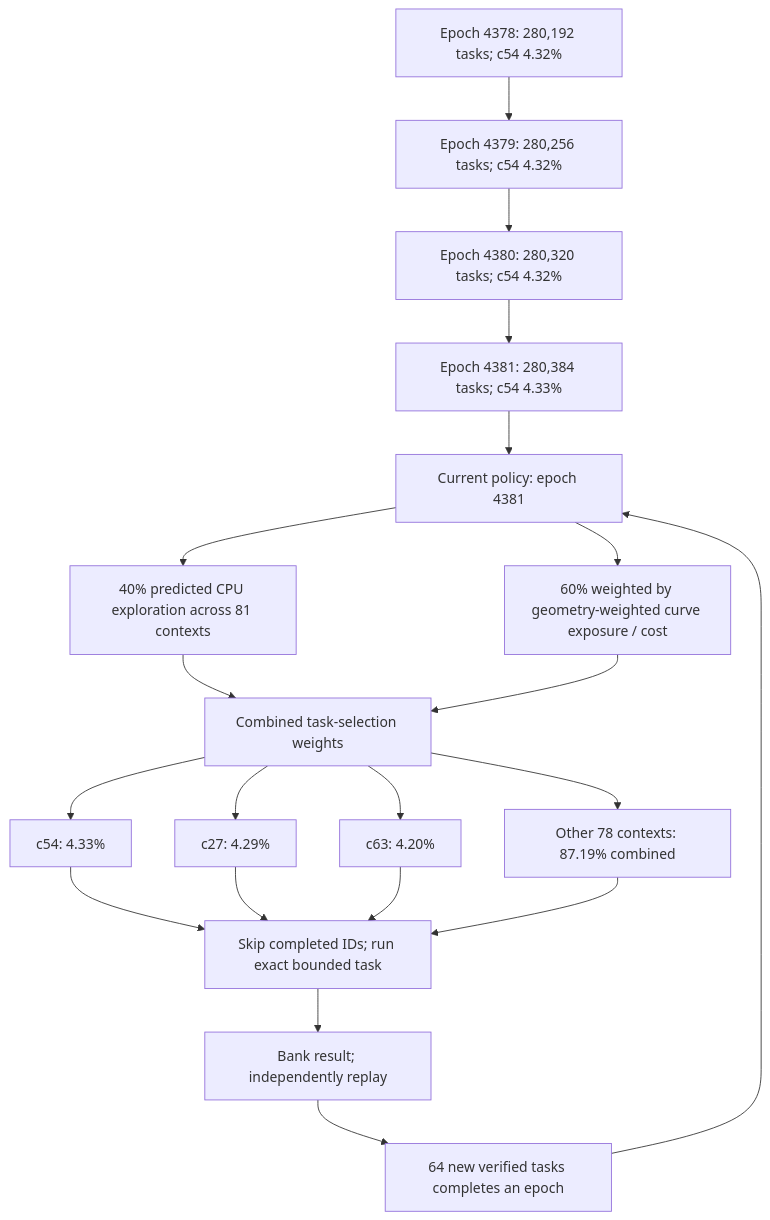
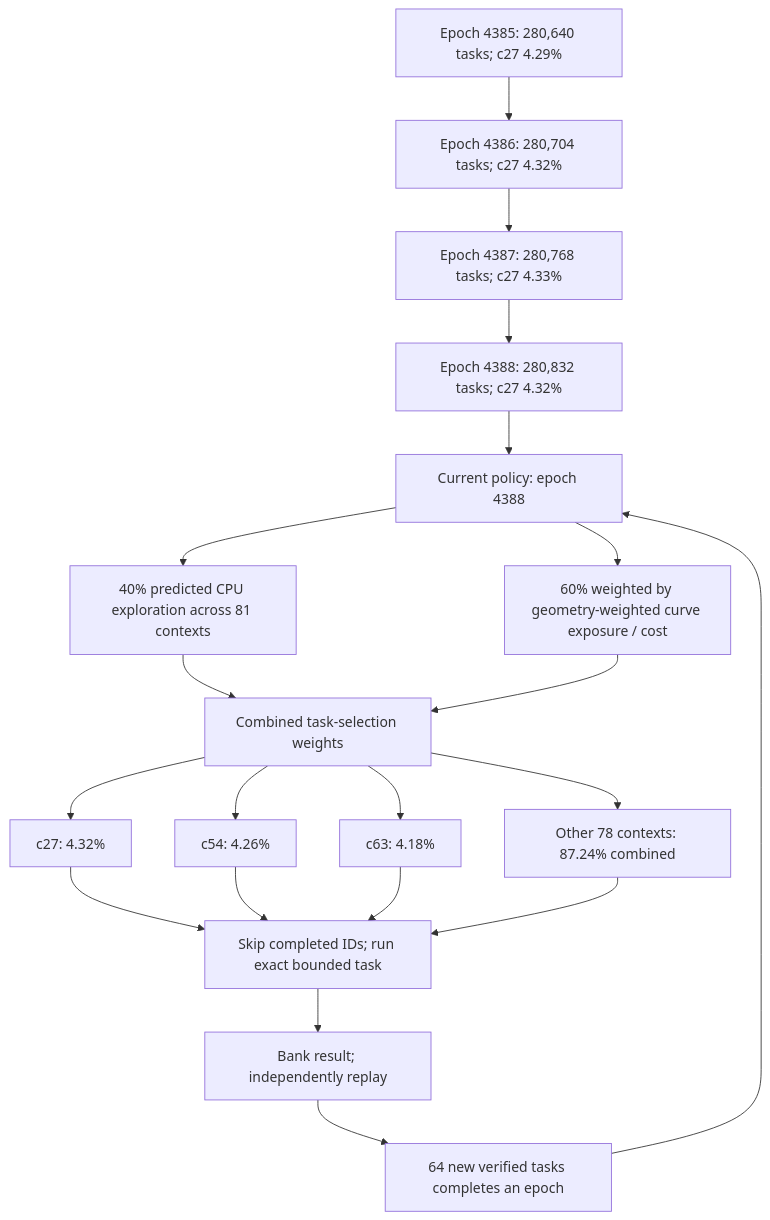
The first of 3 diagrams in README.md (Kuberwastaken/math-gambling), drawn with Mermaid before and after one commit. The commit also changed other lines of this file and 3105 other files, not shown here.

````diff
--- a/README.md
+++ b/README.md
@@ -60,27 +60,27 @@
 ```mermaid
 flowchart TD
-    H0["Epoch 4378: 280,192 tasks; c54 4.32%"]
-    H1["Epoch 4379: 280,256 tasks; c54 4.32%"]
+    H0["Epoch 4385: 280,640 tasks; c27 4.29%"]
+    H1["Epoch 4386: 280,704 tasks; c27 4.32%"]
     H0 --> H1
-    H2["Epoch 4380: 280,320 tasks; c54 4.32%"]
+    H2["Epoch 4387: 280,768 tasks; c27 4.33%"]
     H1 --> H2
-    H3["Epoch 4381: 280,384 tasks; c54 4.33%"]
+    H3["Epoch 4388: 280,832 tasks; c27 4.32%"]
     H2 --> H3
-    Policy["Current policy: epoch 4381"]
+    Policy["Current policy: epoch 4388"]
     H3 --> Policy
     Policy --> Explore["40% predicted CPU exploration across 81 contexts"]
     Policy --> Cost["60% weighted by geometry-weighted curve exposure / cost"]
     Explore --> Mix["Combined task-selection weights"]
     Cost --> Mix
-    Mix --> C0["c54: 4.33%"]
-    Mix --> C1["c27: 4.29%"]
-    Mix --> C2["c63: 4.20%"]
-    Mix --> Rest["Other 78 contexts: 87.19% combined"]
+    Mix --> C0["c27: 4.32%"]
+    Mix --> C1["c54: 4.26%"]
+    Mix --> C2["c63: 4.18%"]
+    Mix --> Rest["Other 78 contexts: 87.24% combined"]
     C0 --> Check["Skip completed IDs; run exact bounded task"]
     C1 --> Check
     C2 --> Check
     Rest --> Check
     Check --> Replay["Bank result; independently replay"]
     Replay --> Gate["64 new verified tasks completes an epoch"]
     Gate --> Policy
 ```
````
